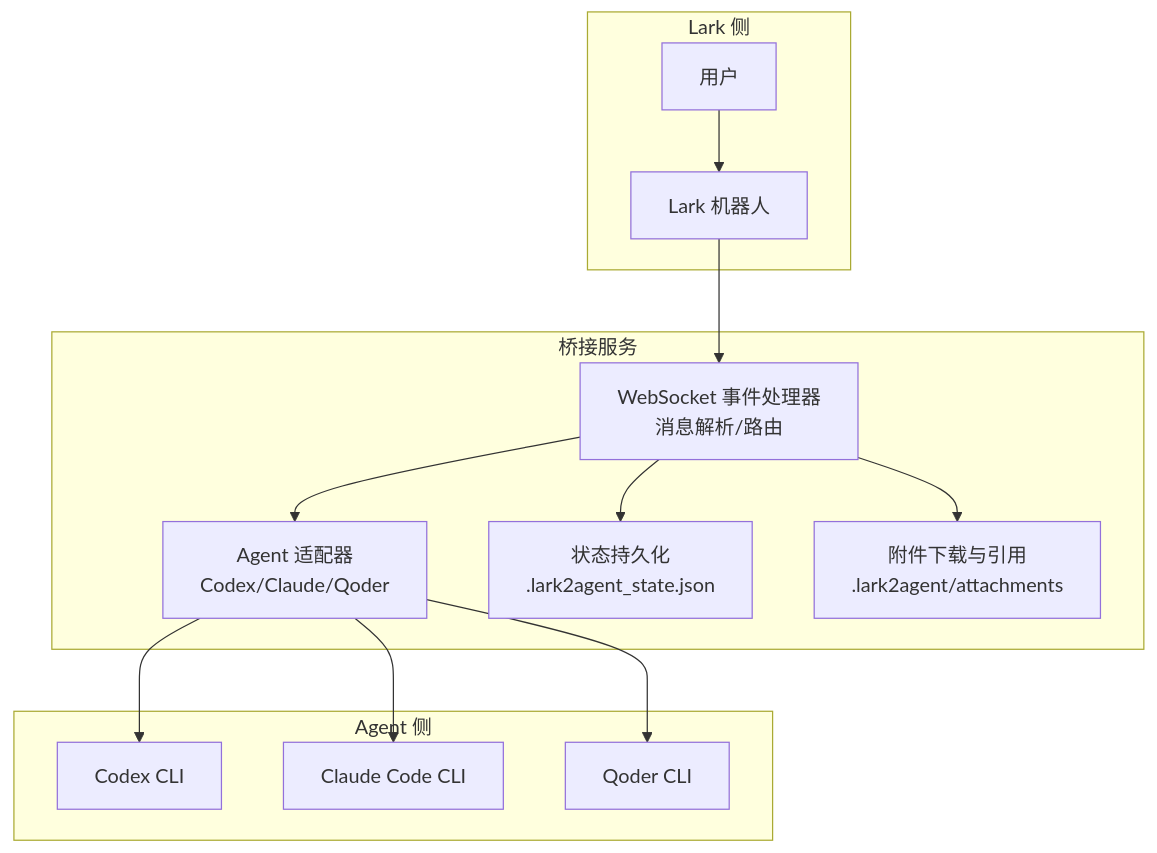
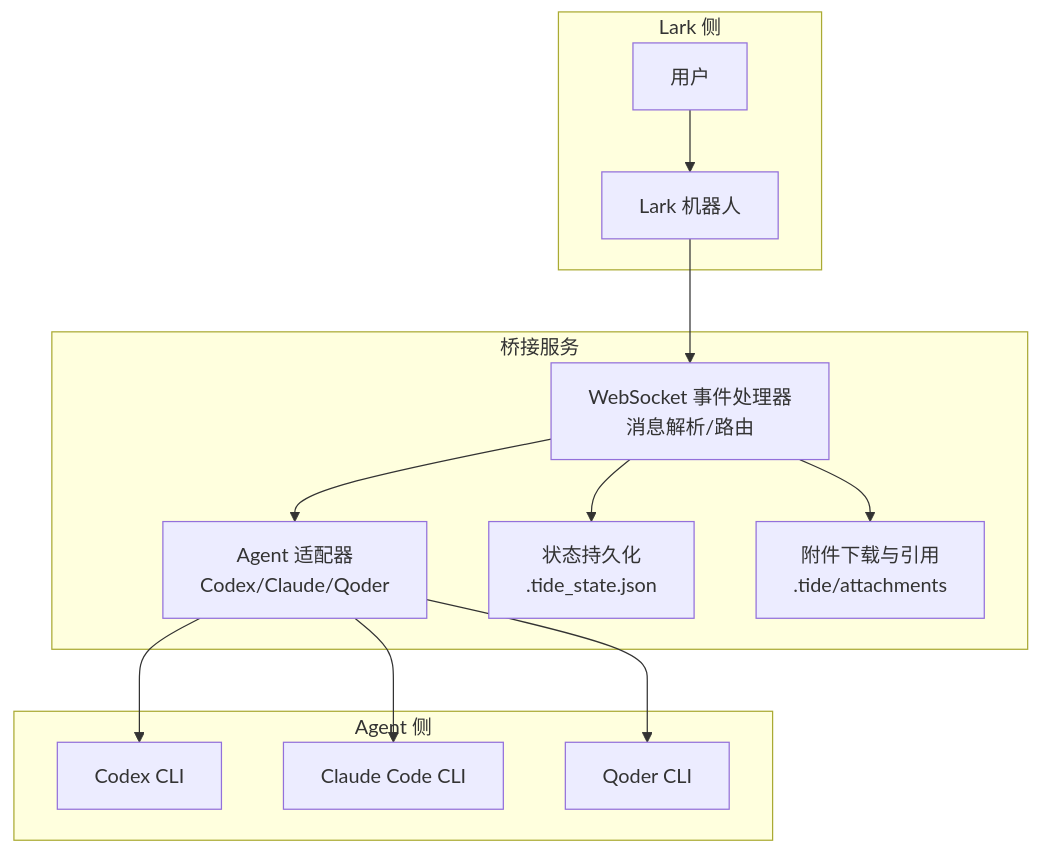
The first of 8 diagrams in .qoder/repowiki/zh/content/核心功能详解/任务管理系统.md (winditer/tide), drawn with Mermaid before and after one commit. The commit also changed other lines of this file and 260 other files, not shown here.

````diff
--- a/.qoder/repowiki/zh/content/核心功能详解/任务管理系统.md
+++ b/.qoder/repowiki/zh/content/核心功能详解/任务管理系统.md
@@ -34,25 +34,25 @@
 ```mermaid
 graph TB
 subgraph "Lark 侧"
 U["用户"]
 L["Lark 机器人"]
 end
 subgraph "桥接服务"
 WS["WebSocket 事件处理器<br/>消息解析/路由"]
 AD["Agent 适配器<br/>Codex/Claude/Qoder"]
-ST["状态持久化<br/>.lark2agent_state.json"]
-AT["附件下载与引用<br/>.lark2agent/attachments"]
+ST["状态持久化<br/>.tide_state.json"]
+AT["附件下载与引用<br/>.tide/attachments"]
 end
 subgraph "Agent 侧"
 C["Codex CLI"]
 CL["Claude Code CLI"]
 Q["Qoder CLI"]
 end
 U --> L --> WS
 WS --> AD
 AD --> C
 AD --> CL
 AD --> Q
 WS --> ST
 WS --> AT
 ```
````
